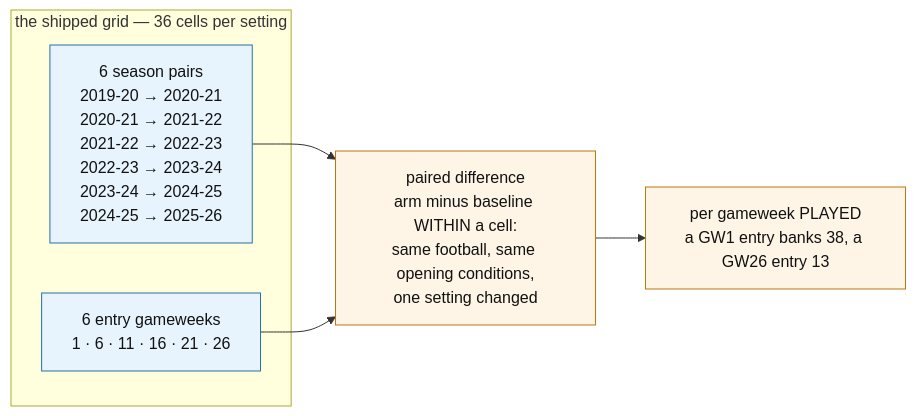
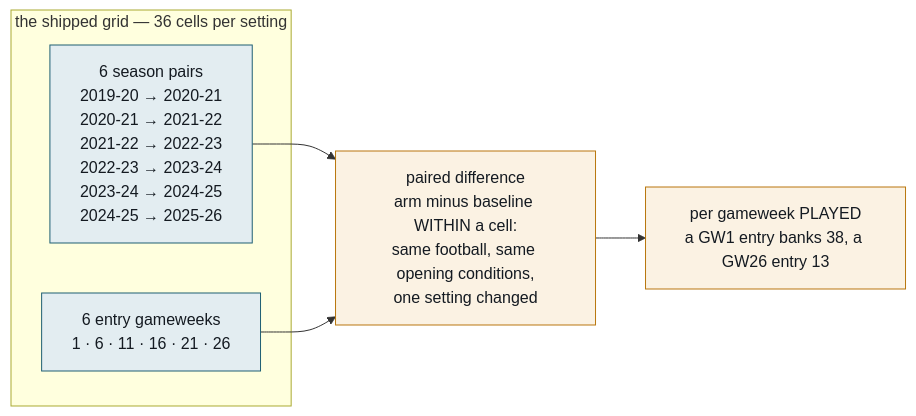
The third of 6 diagrams in docs/replay.md (beeradb/FPL-Armband), drawn with Mermaid before and after one commit. The commit also changed other lines of this file and 12 other files, not shown here.

````diff
--- a/docs/replay.md
+++ b/docs/replay.md
@@ -207,18 +231,18 @@
 ```mermaid
 flowchart LR
     subgraph grid["the shipped grid — 36 cells per setting"]
         s["6 season pairs<br/>2019-20 → 2020-21<br/>2020-21 → 2021-22<br/>2021-22 → 2022-23<br/>2022-23 → 2023-24<br/>2023-24 → 2024-25<br/>2024-25 → 2025-26"]
         g["6 entry gameweeks<br/>1 · 6 · 11 · 16 · 21 · 26"]
     end
     pair["paired difference<br/>arm minus baseline WITHIN a cell:<br/>same football, same opening conditions,<br/>one setting changed"]
     norm["per gameweek PLAYED<br/>a GW1 entry banks 38, a GW26 entry 13"]
 
     s --> pair
     g --> pair
     pair --> norm
 
-    classDef a fill:#e8f4fd,stroke:#2471a3,color:#111
-    classDef b fill:#fef5e7,stroke:#b9770e,color:#111
+    classDef a fill:#E3EDF1,stroke:#1F5F73,color:#141A21
+    classDef b fill:#FBF2E3,stroke:#B9770E,color:#141A21
     class s,g a
     class pair,norm b
 ```
````
